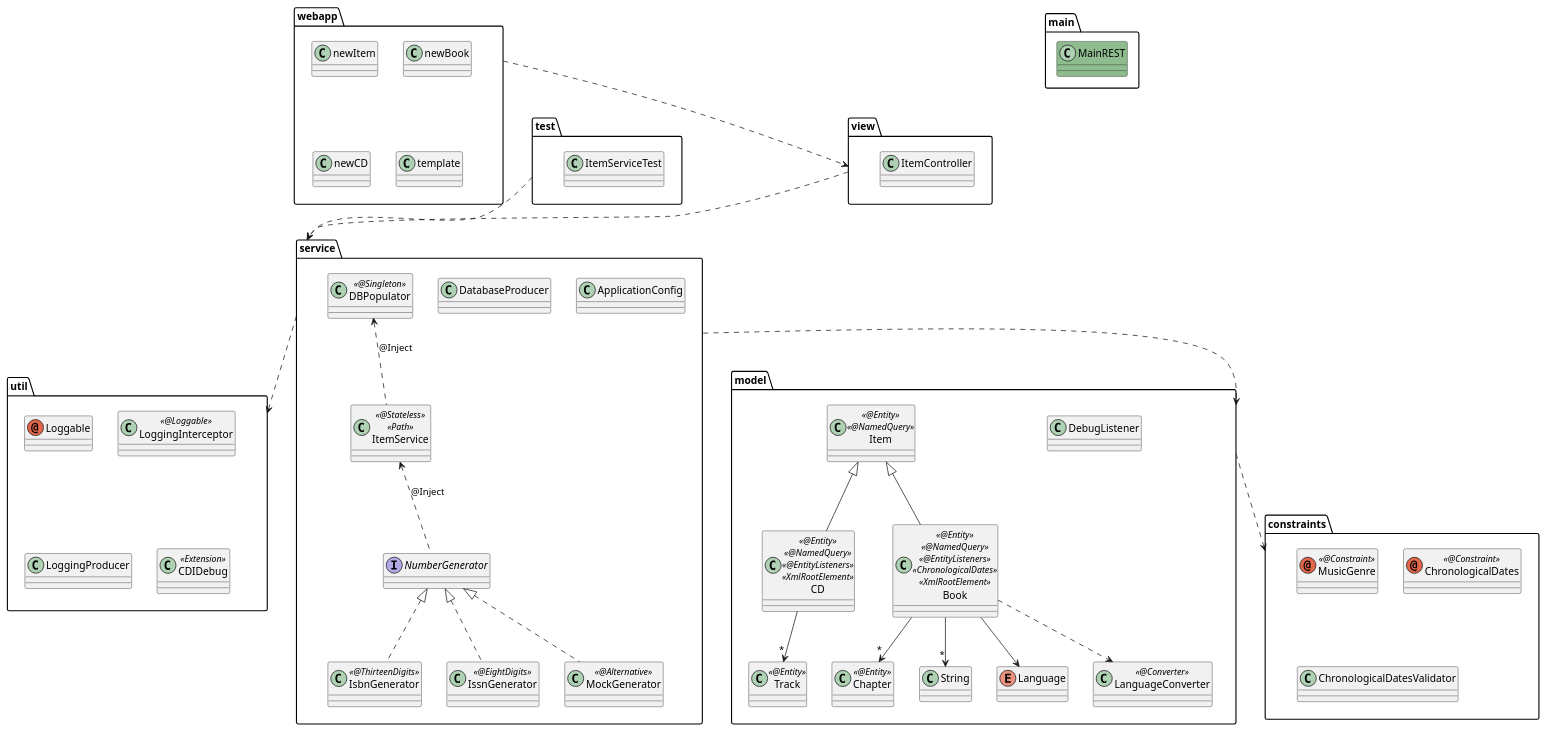
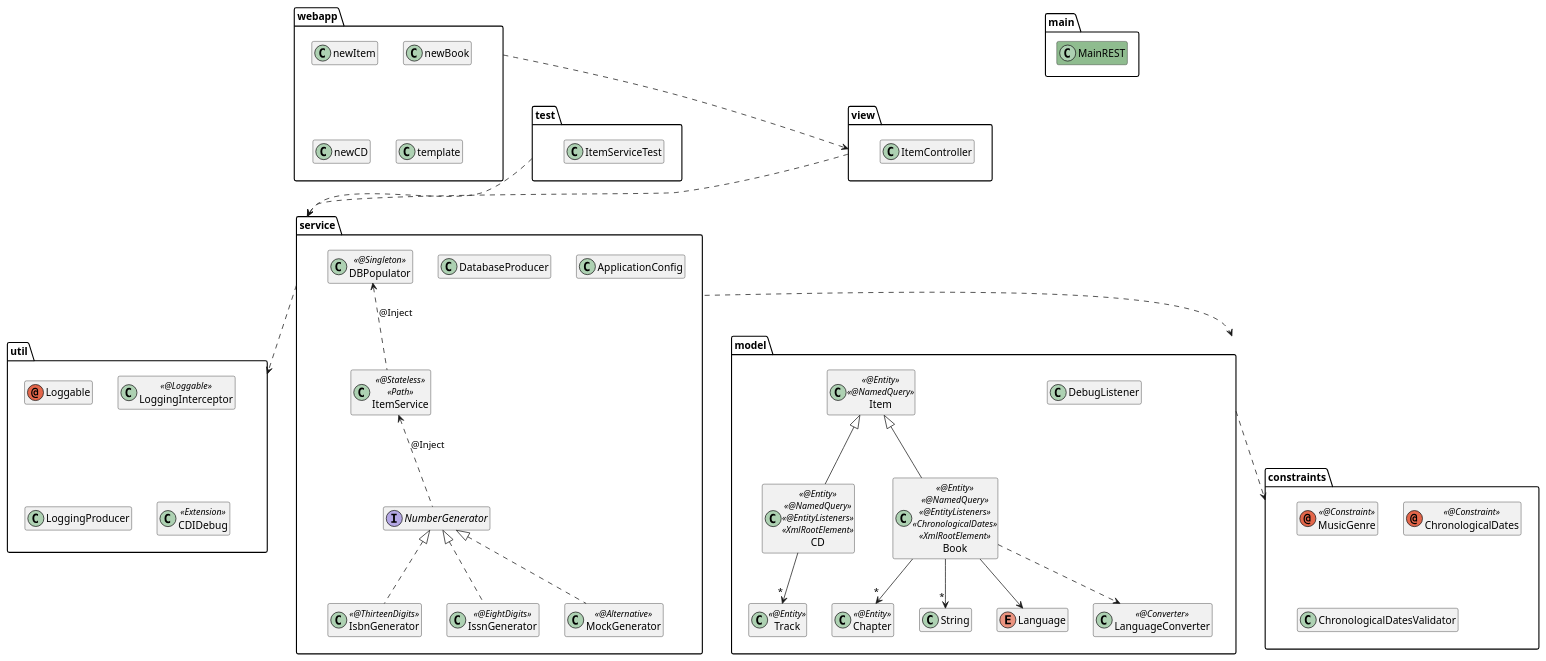
Before and after one commit to agoncal/agoncal-training-javaee7: the diagram in 17-JAXRS/demo17.puml, drawn with PlantUML. The commit also changed 17 other files, not shown here.

Commit message:
Hidding members in UML schemas

```diff
--- a/17-JAXRS/demo17.puml
+++ b/17-JAXRS/demo17.puml
@@ -1,79 +1,81 @@
 @startuml
+
+hide members
 
 package "main" {
     class MainREST #8FBC8F
 }
 
 package "test" {
     class ItemServiceTest
 }
 
 package "webapp"  {
     class newItem
     class newBook
     class newCD
     class template
 }
 
 package "view"  {
     class ItemController
 }
 
 package "service" {
     interface NumberGenerator
     class IsbnGenerator << @ThirteenDigits >>
     class IssnGenerator << @EightDigits >>
     class MockGenerator << @Alternative >>
     class ItemService << @Stateless >> << Path >>
     class ApplicationConfig
     class DatabaseProducer
     class DBPopulator << @Singleton >>
 
     ItemService <.. NumberGenerator : @Inject
     DBPopulator <.. ItemService : @Inject
     NumberGenerator <|.. IsbnGenerator
     NumberGenerator <|.. IssnGenerator
     NumberGenerator <|.. MockGenerator
 }
 
 package "model" {
     class DebugListener
     class Item << @Entity >> << @NamedQuery >>
     class CD << @Entity >> << @NamedQuery >> << @EntityListeners >> << XmlRootElement >>
     class Track << @Entity >>
     class Chapter << @Entity >>
     class Book << @Entity >> << @NamedQuery >> << @EntityListeners >> << ChronologicalDates >> << XmlRootElement >>
     class String
     enum Language
     class LanguageConverter << @Converter >>
 
     Item <|-- CD
     Item <|-- Book
     CD --> "*" Track
     Book --> "*" String
     Book --> "*" Chapter
     Book --> Language
     Book ..> LanguageConverter
 }
 
 package "constraints" {
     annotation MusicGenre << @Constraint >>
     annotation ChronologicalDates << @Constraint >>
     class ChronologicalDatesValidator
 }
 
 package "util" {
     annotation Loggable
     class LoggingInterceptor << @Loggable >>
     class LoggingProducer
     class CDIDebug << Extension >>
 }
 
 test ..> service
 webapp ..> view
 view ..> service
 service ..> model
 service ..> util
 model ..> constraints
 
 @enduml
```
